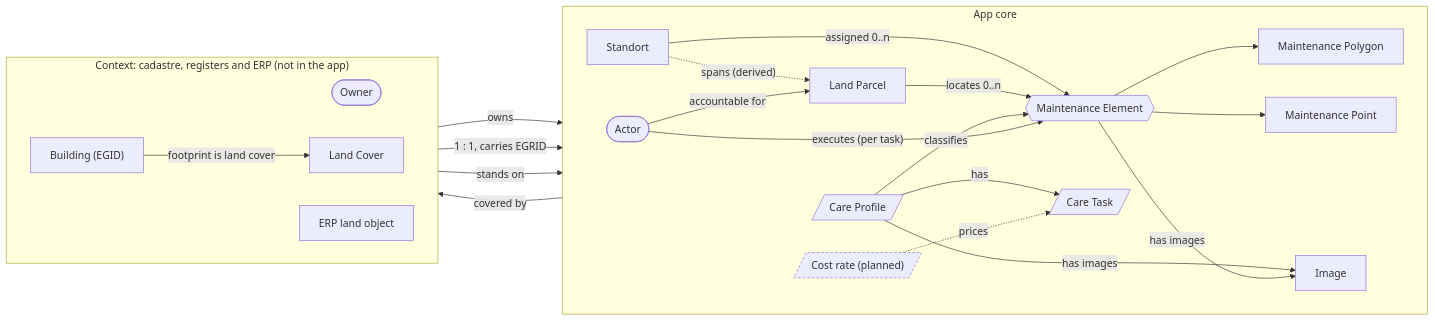
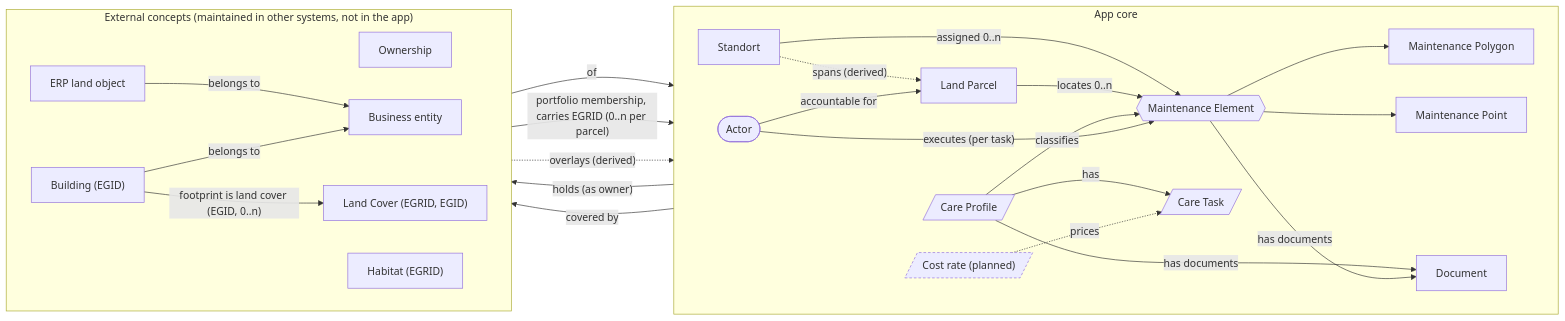
The first of 2 diagrams in prototype-main/docs/DATAMODEL.md (bbl-dres/green-inventory), drawn with Mermaid before and after one commit. The commit also changed other lines of this file and 9 other files, not shown here.

````diff
--- a/prototype-main/docs/DATAMODEL.md
+++ b/prototype-main/docs/DATAMODEL.md
@@ -66,42 +66,47 @@
 ```mermaid
 flowchart LR
     subgraph CORE["App core"]
         direction LR
         Site["Standort"]
         Parcel["Land Parcel"]
         ME{{"Maintenance Element"}}
         Area["Maintenance Polygon"]
         Point["Maintenance Point"]
         Profile[/"Care Profile"/]
         Task[/"Care Task"/]
         Cost[/"Cost rate (planned)"/]
         Actor(["Actor"])
-        Img["Image"]
+        Doc["Document"]
         Site -->|"assigned 0..n"| ME
         Parcel -->|"locates 0..n"| ME
         Site -.->|"spans (derived)"| Parcel
         ME --> Area
         ME --> Point
         Profile -->|classifies| ME
         Profile -->|has| Task
         Cost -.->|prices| Task
         Actor -->|"executes (per task)"| ME
         Actor -->|"accountable for"| Parcel
-        Profile -->|"has images"| Img
-        ME -->|"has images"| Img
+        Profile -->|"has documents"| Doc
+        ME -->|"has documents"| Doc
     end
-    subgraph CTX["Context: cadastre, registers and ERP (not in the app)"]
+    subgraph CTX["External concepts (maintained in other systems, not in the app)"]
         direction LR
-        Owner(["Owner"])
-        Cover["Land Cover"]
+        Own["Ownership"]
+        Cover["Land Cover (EGRID, EGID)"]
+        Habitat["Habitat (EGRID)"]
         Bldg["Building (EGID)"]
         ERP["ERP land object"]
+        WE["Business entity"]
     end
-    Owner -->|owns| Parcel
-    ERP -->|"1 : 1, carries EGRID"| Parcel
+    Actor -->|"holds (as owner)"| Own
+    Own -->|"of"| Parcel
+    ERP -->|"belongs to"| WE
+    Bldg -->|"belongs to"| WE
+    ERP -->|"portfolio membership, carries EGRID (0..n per parcel)"| Parcel
     Parcel -->|"covered by"| Cover
-    Bldg -->|"footprint is land cover"| Cover
-    Bldg -->|"stands on"| Parcel
+    Habitat -.->|"overlays (derived)"| Parcel
+    Bldg -->|"footprint is land cover (EGID, 0..n)"| Cover
     classDef planned stroke-dasharray:4 3;
     class Cost planned;
 ```
````
